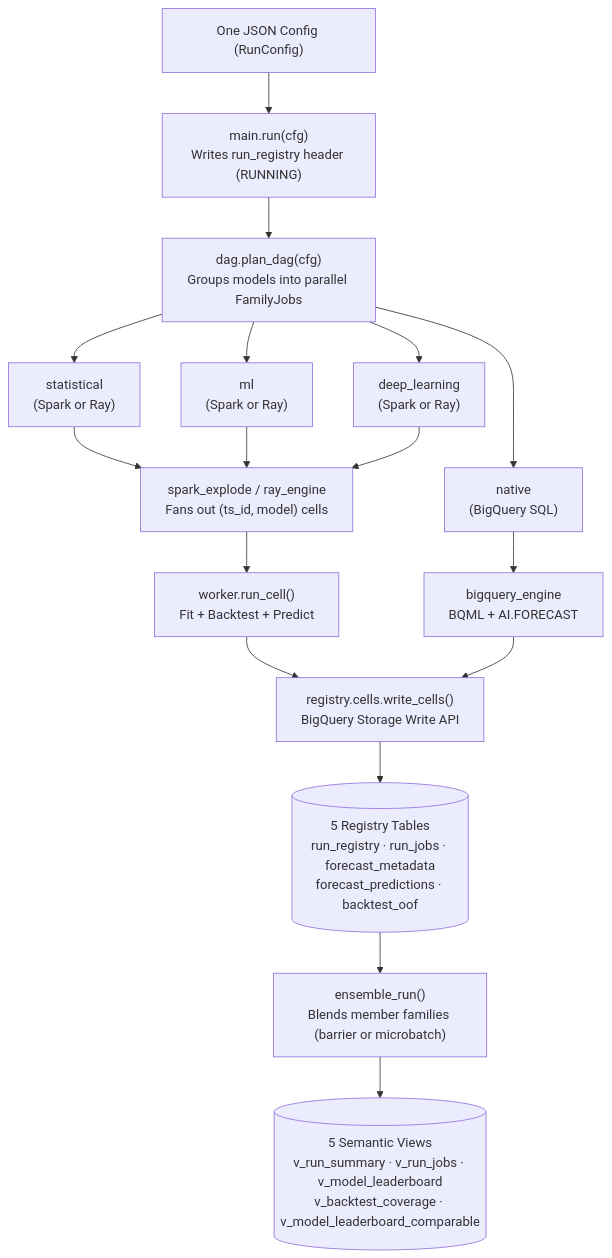
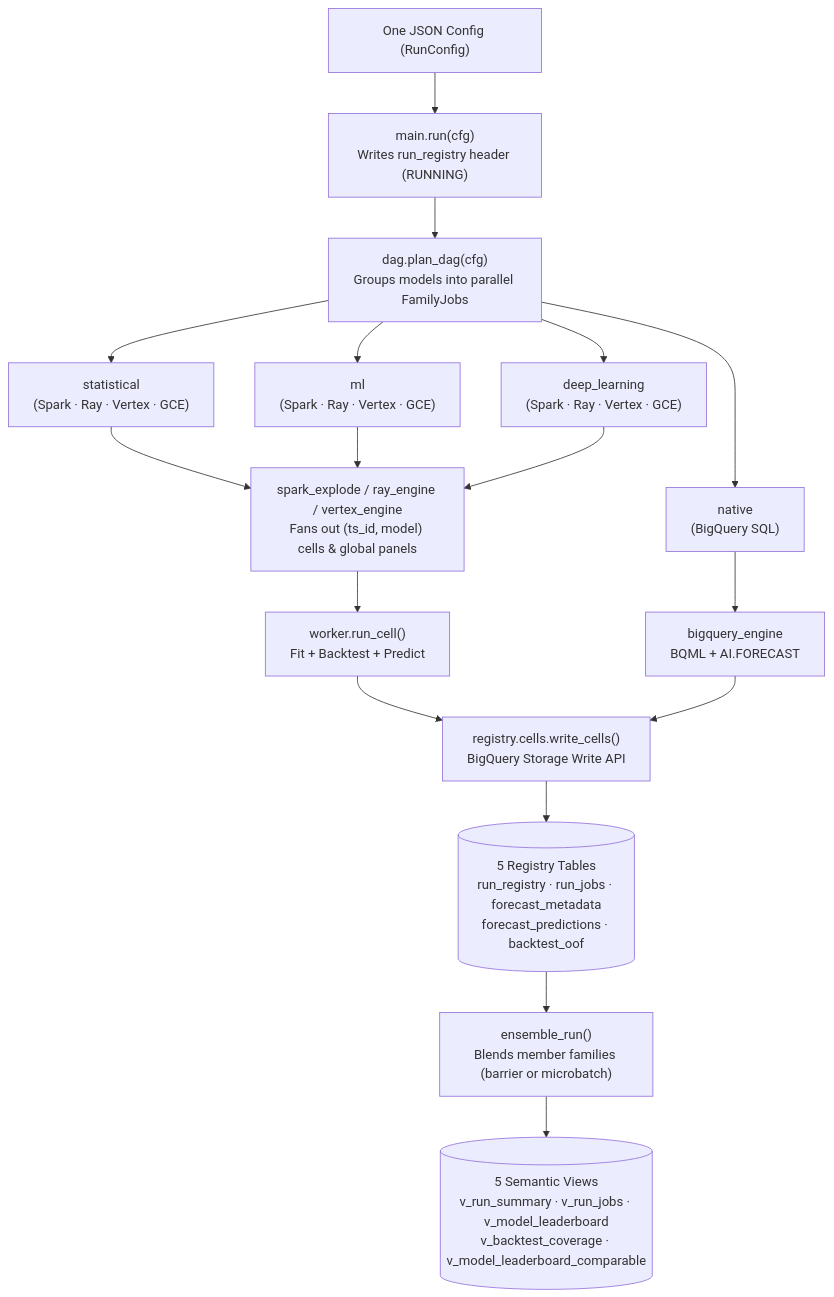
Before and after one commit to statmike/scale-forecasting: the first of 2 diagrams in docs/architecture.md, drawn with Mermaid. The commit also changed other lines of this file and 69 other files, not shown here.

First line of the commit message:
feat(compute): add vertex and gce runtimes, unified compute params, GPU-VM catalog, and AGENTS.md

````diff
--- a/docs/architecture.md
+++ b/docs/architecture.md
@@ -32,20 +32,20 @@
 ```mermaid
 flowchart TD
     Cfg["One JSON Config (RunConfig)"] --> Main["main.run(cfg)\nWrites run_registry header (RUNNING)"]
     Main --> Plan["dag.plan_dag(cfg)\nGroups models into parallel FamilyJobs"]
 
-    Plan --> Stat["statistical\n(Spark or Ray)"]
-    Plan --> ML["ml\n(Spark or Ray)"]
-    Plan --> DL["deep_learning\n(Spark or Ray)"]
+    Plan --> Stat["statistical\n(Spark · Ray · Vertex · GCE)"]
+    Plan --> ML["ml\n(Spark · Ray · Vertex · GCE)"]
+    Plan --> DL["deep_learning\n(Spark · Ray · Vertex · GCE)"]
     Plan --> Nat["native\n(BigQuery SQL)"]
 
-    Stat & ML & DL --> Engine["spark_explode / ray_engine\nFans out (ts_id, model) cells"]
+    Stat & ML & DL --> Engine["spark_explode / ray_engine / vertex_engine\nFans out (ts_id, model) cells & global panels"]
     Engine --> Cell["worker.run_cell()\nFit + Backtest + Predict"]
     Nat --> BQEng["bigquery_engine\nBQML + AI.FORECAST"]
 
     Cell & BQEng --> Write["registry.cells.write_cells()\nBigQuery Storage Write API"]
     Write --> Tables[("5 Registry Tables\nrun_registry · run_jobs · forecast_metadata\nforecast_predictions · backtest_oof")]
 
     Tables --> Ens["ensemble_run()\nBlends member families (barrier or microbatch)"]
     Ens --> Views[("5 Semantic Views\nv_run_summary · v_run_jobs · v_model_leaderboard\nv_backtest_coverage · v_model_leaderboard_comparable")]
 ```
````
